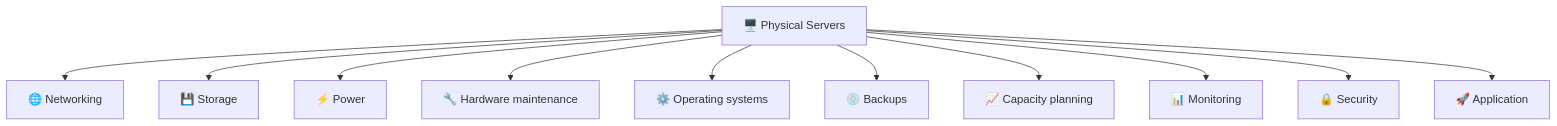
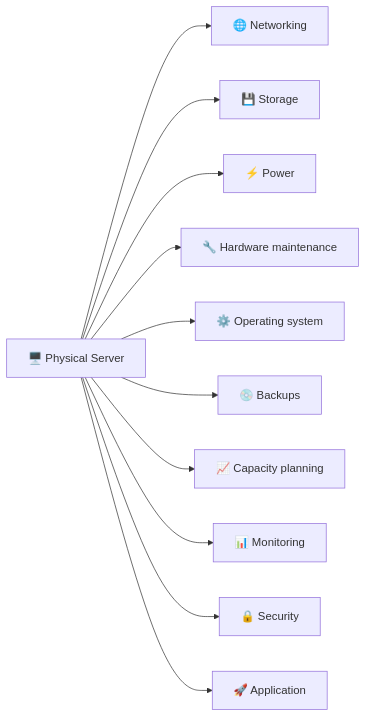
One commit to ShauryaChawan/floci-gcp-tutorial changed the first of 6 diagrams in Chapter-1--Understanding-GCP/05-GCP-vs-Traditional-Servers.md. Above: the diagram before and after it, drawn with Mermaid. The commit also changed other lines of this file, not shown here.

Commit message:
Update traditional infrastructure diagram

````diff
--- a/Chapter-1--Understanding-GCP/05-GCP-vs-Traditional-Servers.md
+++ b/Chapter-1--Understanding-GCP/05-GCP-vs-Traditional-Servers.md
@@ -13,14 +13,15 @@
 ```mermaid
-flowchart TD
-    S[🖥️ Physical Servers]
+flowchart LR
+    S[🖥️ Physical Server]
+
     S --> N[🌐 Networking]
     S --> ST[💾 Storage]
     S --> P[⚡ Power]
     S --> H[🔧 Hardware maintenance]
-    S --> OS[⚙️ Operating systems]
+    S --> OS[⚙️ Operating system]
     S --> B[💿 Backups]
     S --> CP[📈 Capacity planning]
     S --> M[📊 Monitoring]
     S --> SEC[🔒 Security]
     S --> APP[🚀 Application]
 ```
````
